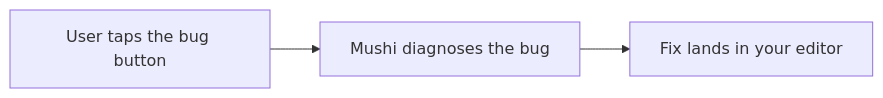
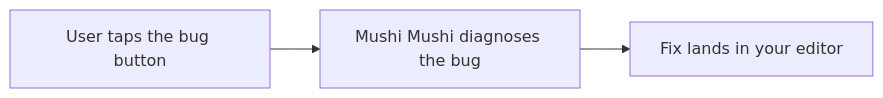
One commit to kensaurus/mushi-mushi changed the diagram in packages/react/README.md. Above: the diagram before and after it, drawn with Mermaid. The commit also changed other lines of this file and 425 other files, not shown here.

````diff
--- a/packages/react/README.md
+++ b/packages/react/README.md
@@ -7,4 +7,4 @@
 ```mermaid
 flowchart LR
-    A["User taps the bug button"] --> B["Mushi diagnoses the bug"] --> C["Fix lands in your editor"]
+    A["User taps the bug button"] --> B["Mushi Mushi diagnoses the bug"] --> C["Fix lands in your editor"]
 ```
````
